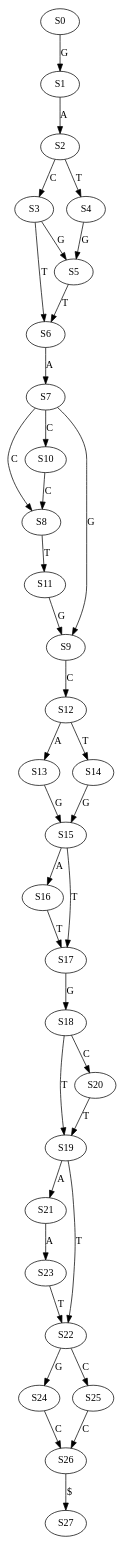
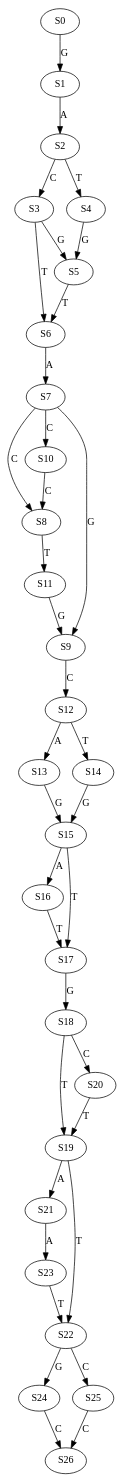
The diagram in graph/RevDetGraph/RevDet_a2.dot (Kuanhao-Chao/Wheeler_Graph_Toolkit), drawn with Graphviz before and after one commit. The commit also changed 33 other files, not shown here.

Commit message:
Fix Wheeler graph missing conditions: need to check all edge pairs in both directions

```diff
--- a/graph/RevDetGraph/RevDet_a2.dot
+++ b/graph/RevDetGraph/RevDet_a2.dot
@@ -1,38 +1,37 @@
 strict digraph  {
 	S0 -> S1 [ label = G ];
 	S1 -> S2 [ label = A ];
 	S2 -> S3 [ label = C ];
 	S2 -> S4 [ label = T ];
 	S3 -> S5 [ label = G ];
 	S3 -> S6 [ label = T ];
 	S4 -> S5 [ label = G ];
 	S5 -> S6 [ label = T ];
 	S6 -> S7 [ label = A ];
 	S7 -> S8 [ label = C ];
 	S7 -> S9 [ label = G ];
 	S7 -> S10 [ label = C ];
 	S8 -> S11 [ label = T ];
 	S9 -> S12 [ label = C ];
 	S10 -> S8 [ label = C ];
 	S11 -> S9 [ label = G ];
 	S12 -> S13 [ label = A ];
 	S12 -> S14 [ label = T ];
 	S13 -> S15 [ label = G ];
 	S14 -> S15 [ label = G ];
 	S15 -> S16 [ label = A ];
 	S15 -> S17 [ label = T ];
 	S16 -> S17 [ label = T ];
 	S17 -> S18 [ label = G ];
 	S18 -> S19 [ label = T ];
 	S18 -> S20 [ label = C ];
 	S19 -> S21 [ label = A ];
 	S19 -> S22 [ label = T ];
 	S20 -> S19 [ label = T ];
 	S21 -> S23 [ label = A ];
 	S22 -> S24 [ label = G ];
 	S22 -> S25 [ label = C ];
 	S23 -> S22 [ label = T ];
 	S24 -> S26 [ label = C ];
 	S25 -> S26 [ label = C ];
-	S26 -> S27 [ label = "$" ];
 }
```
